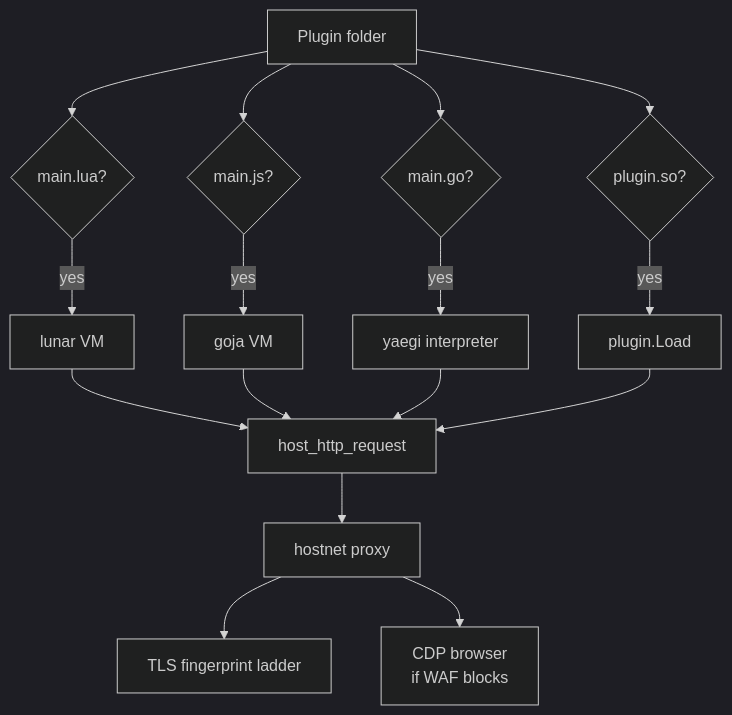
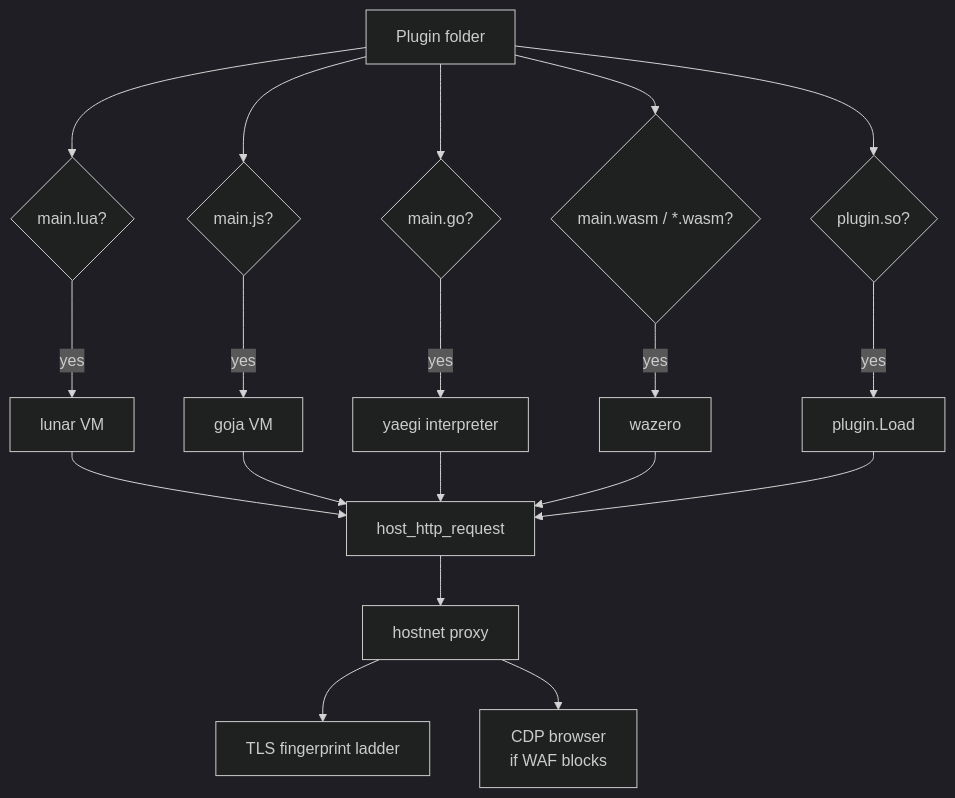
The third of 4 diagrams in README.md (kenzanin/goIsekai), drawn with Mermaid (dark theme) before and after one commit. The commit also changed other lines of this file, not shown here.

Commit message:
docs: document WASM and native Go plugin backends in README

````diff
--- a/README.md
+++ b/README.md
@@ -100,20 +103,23 @@
 ```mermaid
 graph TD
     A[Plugin folder] --> B{main.lua?}
     B -->|yes| C[lunar VM]
     A --> D{main.js?}
     D -->|yes| E[goja VM]
     A --> F{main.go?}
     F -->|yes| G[yaegi interpreter]
-    A --> H{plugin.so?}
-    H -->|yes| I[plugin.Load]
+    A --> H{main.wasm / *.wasm?}
+    H -->|yes| I[wazero]
+    A --> J{plugin.so?}
+    J -->|yes| K[plugin.Load]
 
-    C --> J[host_http_request]
-    E --> J
-    G --> J
-    I --> J
+    C --> L[host_http_request]
+    E --> L
+    G --> L
+    I --> L
+    K --> L
 
-    J --> K[hostnet proxy]
-    K --> L[TLS fingerprint ladder]
-    K --> M[CDP browser<br/>if WAF blocks]
+    L --> M[hostnet proxy]
+    M --> N[TLS fingerprint ladder]
+    M --> O[CDP browser<br/>if WAF blocks]
 ```
````
